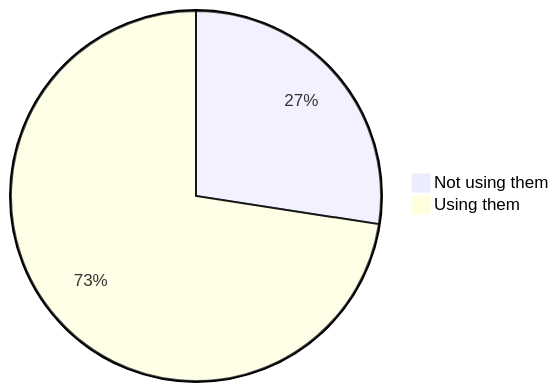
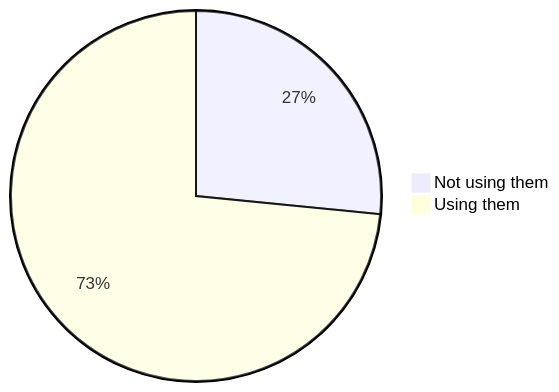
The first of 19 diagrams in stats.md (oshp/oshp-stats), drawn with Mermaid before and after one commit. The commit also changed other lines of this file, not shown here.

````diff
--- a/stats.md
+++ b/stats.md
@@ -8,6 +8,6 @@
 ```mermaid
 pie
-	"Not using them" : 27.43
-	"Using them" : 72.57
+	"Not using them" : 26.57
+	"Using them" : 73.43
 
 ```
````
